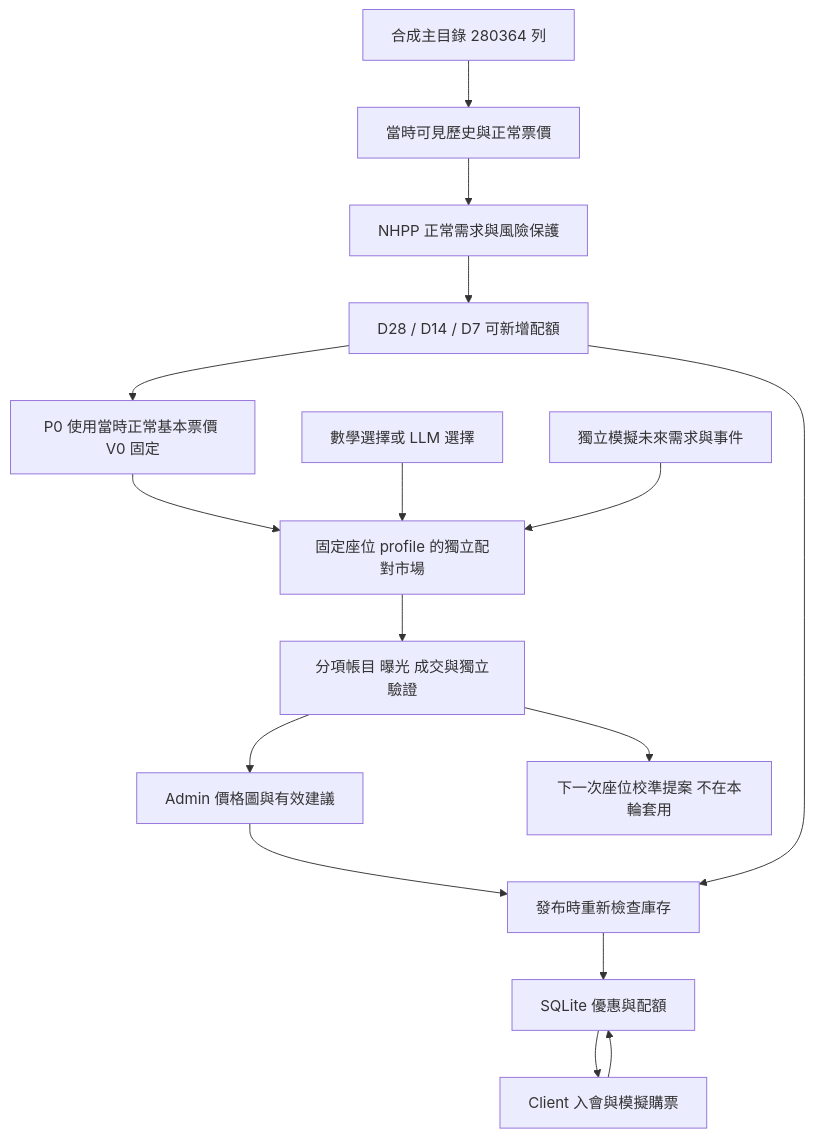
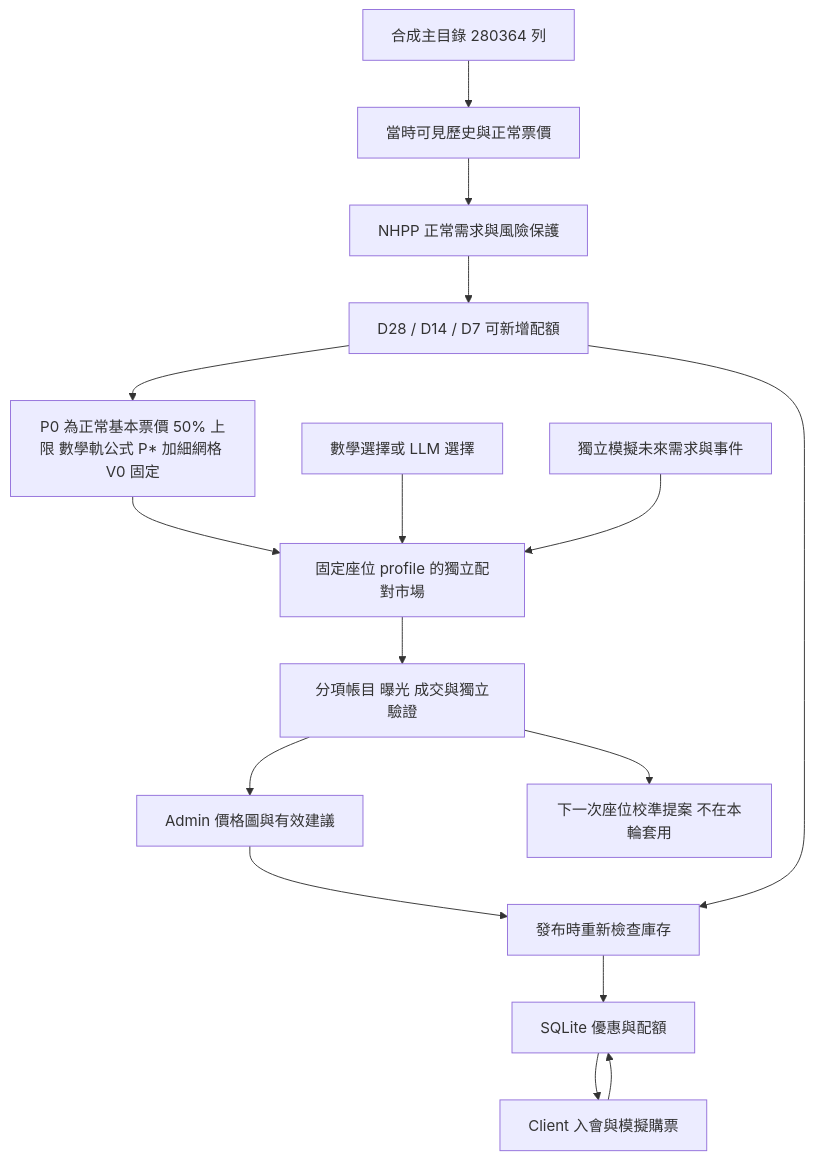
The diagram in docs/CURRENT_IMPLEMENTATION.md (Horse-MA00/E117-AirplaneCPU), drawn with Mermaid before and after one commit. The commit also changed other lines of this file and 7 other files, not shown here.

````diff
--- a/docs/CURRENT_IMPLEMENTATION.md
+++ b/docs/CURRENT_IMPLEMENTATION.md
@@ -35,18 +35,18 @@
 ```mermaid
 flowchart TD
     S[合成主目錄 280364 列] --> D[當時可見歷史與正常票價]
     D --> N[NHPP 正常需求與風險保護]
     N --> R[D28 / D14 / D7 可新增配額]
-    R --> P[P0 使用當時正常基本票價 V0 固定]
+    R --> P[P0 為正常基本票價 50% 上限 數學軌公式 P* 加細網格 V0 固定]
     P --> W[固定座位 profile 的獨立配對市場]
     M[數學選擇或 LLM 選擇] --> W
     T[獨立模擬未來需求與事件] --> W
     W --> E[分項帳目 曝光 成交與獨立驗證]
     E --> F[Admin 價格圖與有效建議]
     E --> U[下一次座位校準提案 不在本輪套用]
     F --> A[發布時重新檢查庫存]
     R --> A
     A --> Q[SQLite 優惠與配額]
     Q --> C[Client 入會與模擬購票]
     C --> Q
 ```
````
